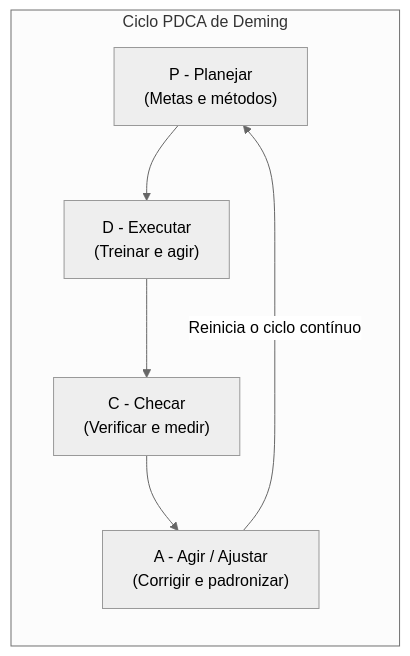
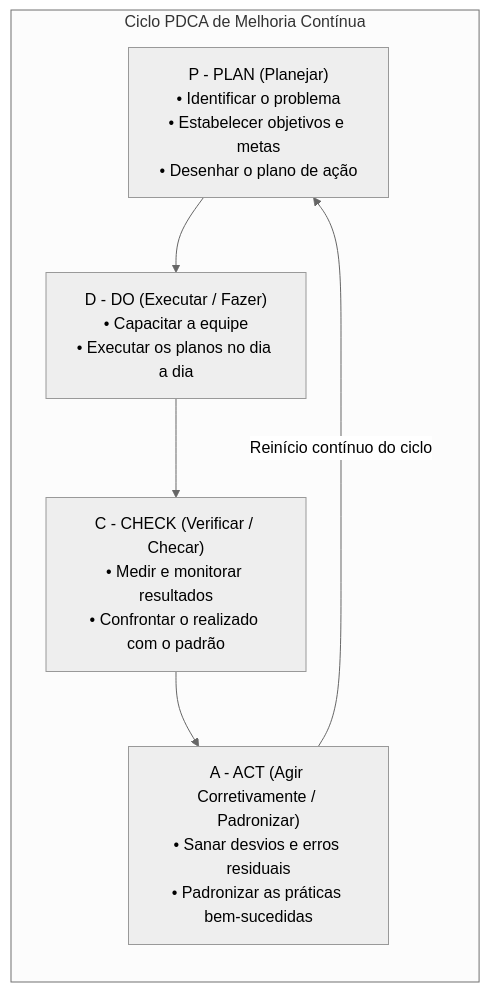
The second of 6 diagrams in fontes_de_estudo/conhecimentos_especificos_a01_tecnico_administrativo/21_nocoes_de_administracao_publica/03_gestao_da_qualidade_processos_projetos_e_decreto_9094.md (thiagosantos346/TCE-GO-2027), drawn with Mermaid (neutral theme) before and after one commit. The commit also changed other lines of this file and 119 other files, not shown here.

````diff
--- a/fontes_de_estudo/conhecimentos_especificos_a01_tecnico_administrativo/21_nocoes_de_administracao_publica/03_gestao_da_qualidade_processos_projetos_e_decreto_9094.md
+++ b/fontes_de_estudo/conhecimentos_especificos_a01_tecnico_administrativo/21_nocoes_de_administracao_publica/03_gestao_da_qualidade_processos_projetos_e_decreto_9094.md
@@ -107,10 +93,11 @@
 ```mermaid
 flowchart TD
-    subgraph PDCA ["Ciclo PDCA de Deming"]
+    subgraph PDCA ["Ciclo PDCA de Melhoria Contínua"]
         direction TB
-        P["P - Planejar<br/>(Metas e métodos)"] --> D["D - Executar<br/>(Treinar e agir)"]
-        D --> C["C - Checar<br/>(Verificar e medir)"]
-        C --> A["A - Agir / Ajustar<br/>(Corrigir e padronizar)"]
-        A -->|Reinicia o ciclo contínuo| P
+        P["P - PLAN (Planejar)<br/>• Identificar o problema<br/>• Estabelecer objetivos e metas<br/>• Desenhar o plano de ação"] 
+        --> D["D - DO (Executar / Fazer)<br/>• Capacitar a equipe<br/>• Executar os planos no dia a dia"]
+        D --> C["C - CHECK (Verificar / Checar)<br/>• Medir e monitorar resultados<br/>• Confrontar o realizado com o padrão"]
+        C --> A["A - ACT (Agir Corretivamente / Padronizar)<br/>• Sanar desvios e erros residuais<br/>• Padronizar as práticas bem-sucedidas"]
+        A -->|Reinício contínuo do ciclo| P
     end
 ```
````
